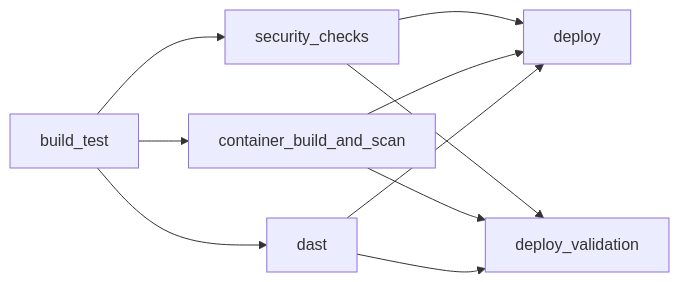
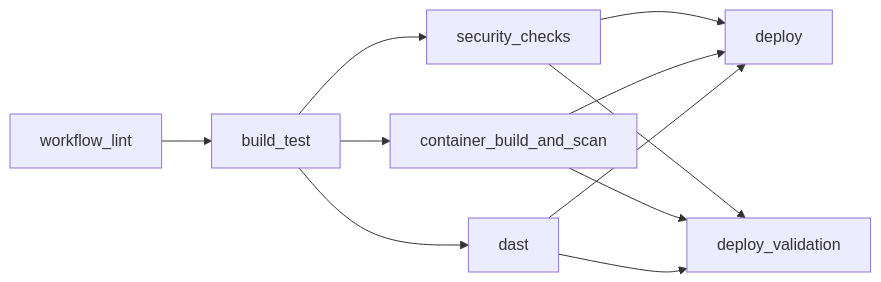
Before and after one commit to juice-shop/juice-shop: the diagram in README.md, drawn with Mermaid. The commit also changed other lines of this file and 4 other files, not shown here.

Commit message:
ci: add workflow lint gate and zap exception governance

````diff
--- a/README.md
+++ b/README.md
@@ -28,12 +35,13 @@
 ```mermaid
 flowchart LR
-  A[build_test] --> B[security_checks]
+  L[workflow_lint] --> A[build_test]
+  A --> B[security_checks]
   A --> C[container_build_and_scan]
   A --> D[dast]
   B --> E[deploy]
   C --> E
   D --> E
   B --> F[deploy_validation]
   C --> F
   D --> F
 ```
````
